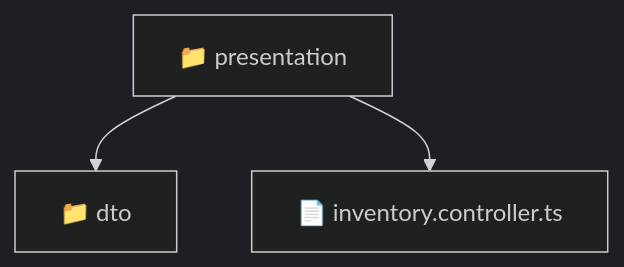
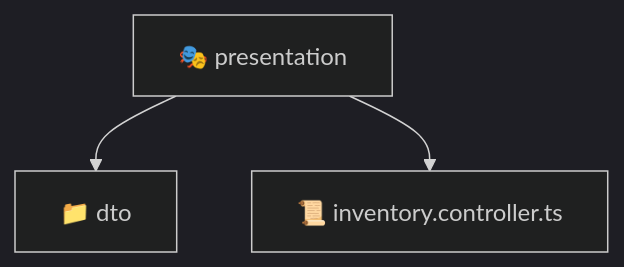
One commit to beginwebdev2002/fullstack-mavluda changed the diagram in backend/src/modules/inventory/presentation/README.md. Above: the diagram before and after it, drawn with Mermaid (dark theme). The commit also changed other lines of this file and 163 other files, not shown here.

````diff
--- a/backend/src/modules/inventory/presentation/README.md
+++ b/backend/src/modules/inventory/presentation/README.md
@@ -9,6 +9,6 @@
 ```mermaid
 graph TD
-  Root["📁 presentation"]
-  Root --> dto["📁 dto"]
-  Root --> inventory_controller_ts["📄 inventory.controller.ts"]
+  presentation["🎭 presentation"]
+  presentation --> dto["📁 dto"]
+  presentation --> inventory_controller_ts["📜 inventory.controller.ts"]
 ```
````
